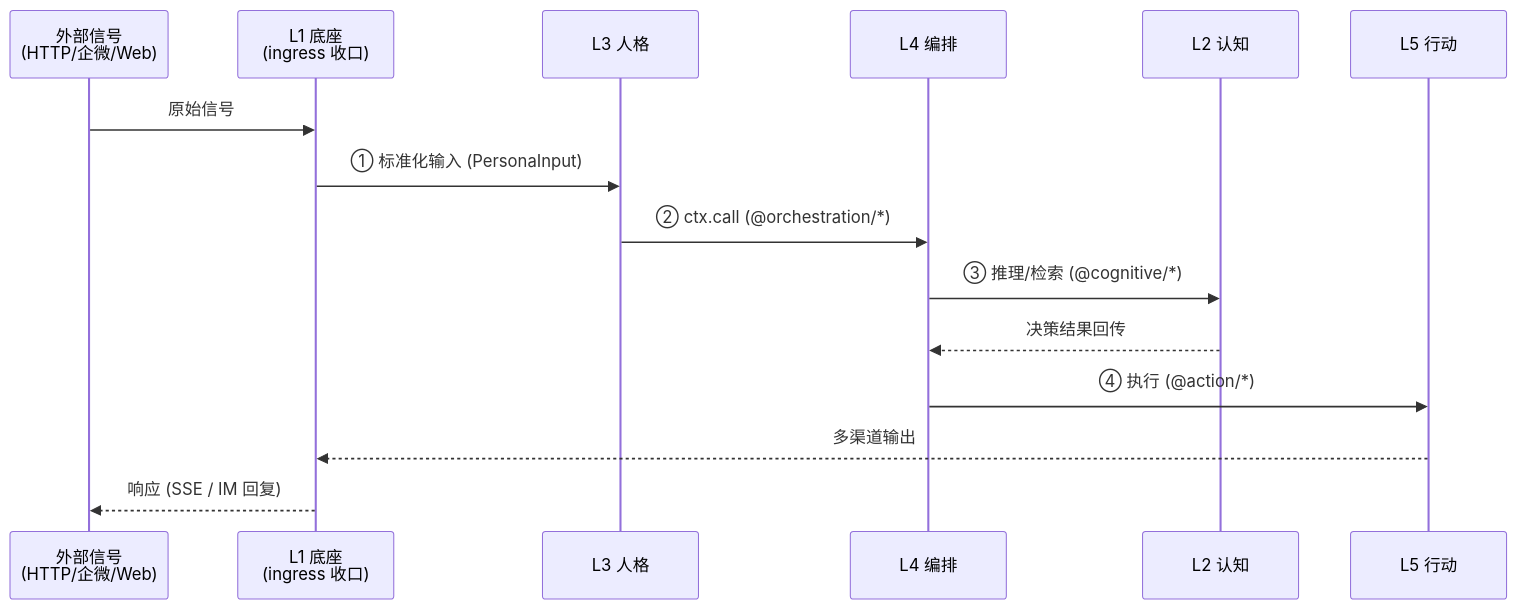
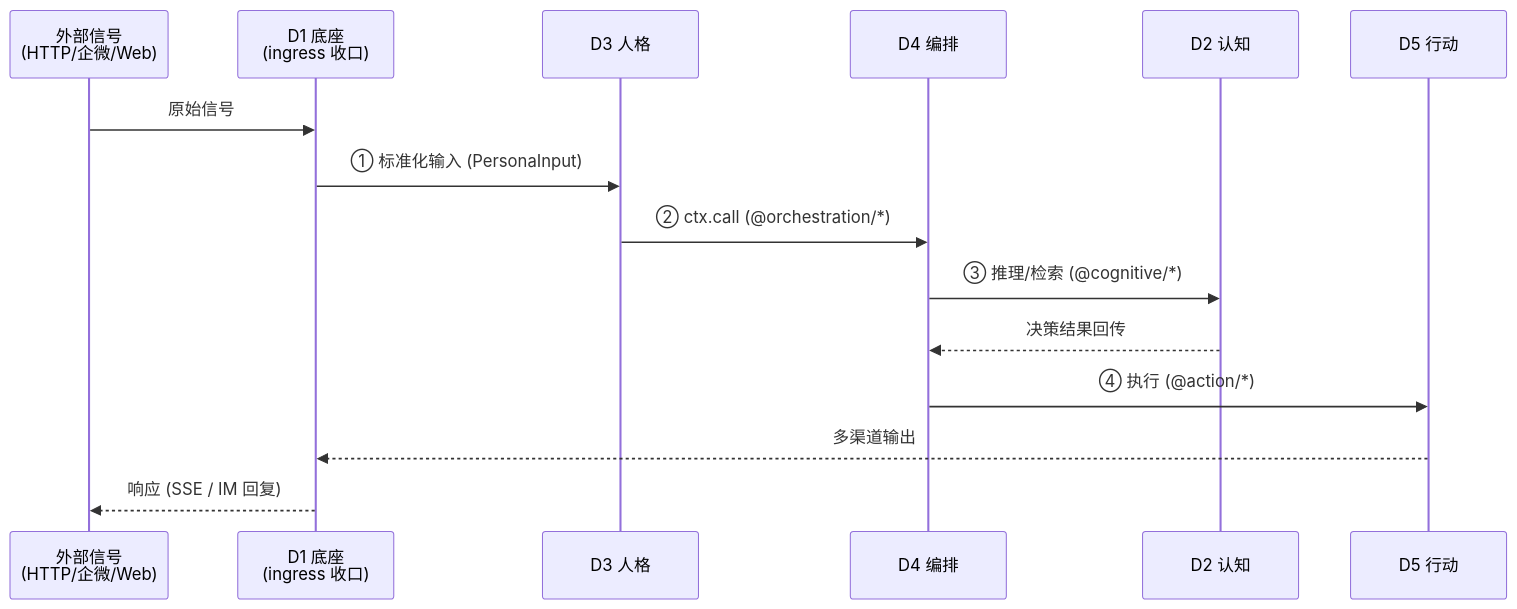
One commit to AIGility-Cloud-Innovation/aigility-harness changed the first of 2 diagrams in README.md. Above: the diagram before and after it, drawn with Mermaid. The commit also changed other lines of this file, not shown here.

````diff
--- a/README.md
+++ b/README.md
@@ -80,17 +80,17 @@
 ```mermaid
 sequenceDiagram
     participant EXT as 外部信号<br/>(HTTP/企微/Web)
-    participant L1 as L1 底座<br/>(ingress 收口)
-    participant L3 as L3 人格
-    participant L4 as L4 编排
-    participant L2 as L2 认知
-    participant L5 as L5 行动
-    EXT->>L1: 原始信号
-    L1->>L3: ① 标准化输入 (PersonaInput)
-    L3->>L4: ② ctx.call (@orchestration/*)
-    L4->>L2: ③ 推理/检索 (@cognitive/*)
-    L2-->>L4: 决策结果回传
-    L4->>L5: ④ 执行 (@action/*)
-    L5-->>L1: 多渠道输出
-    L1-->>EXT: 响应 (SSE / IM 回复)
+    participant D1 as D1 底座<br/>(ingress 收口)
+    participant D3 as D3 人格
+    participant D4 as D4 编排
+    participant D2 as D2 认知
+    participant D5 as D5 行动
+    EXT->>D1: 原始信号
+    D1->>D3: ① 标准化输入 (PersonaInput)
+    D3->>D4: ② ctx.call (@orchestration/*)
+    D4->>D2: ③ 推理/检索 (@cognitive/*)
+    D2-->>D4: 决策结果回传
+    D4->>D5: ④ 执行 (@action/*)
+    D5-->>D1: 多渠道输出
+    D1-->>EXT: 响应 (SSE / IM 回复)
 ```
````
